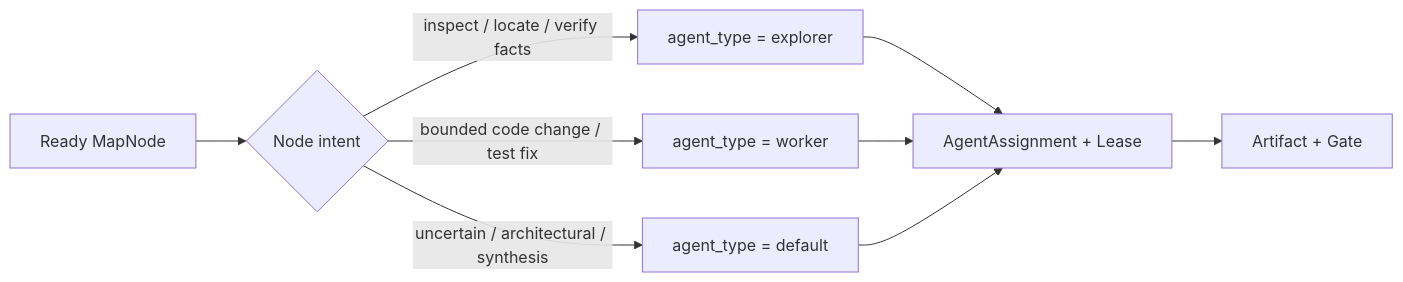
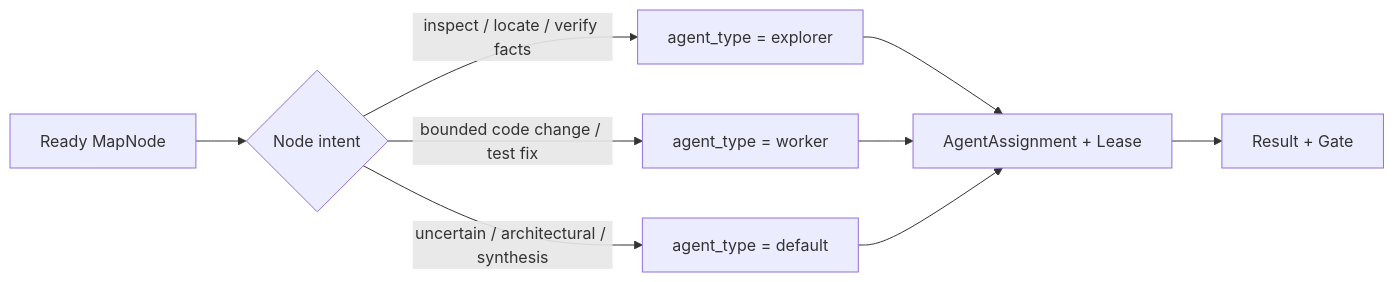
Before and after one commit to ceasarXuu/WhaleCode: the second of 5 diagrams in docs/plans/2026-04-25-multi-agent-collaboration-architecture.md, drawn with Mermaid. The commit also changed other lines of this file, not shown here.

Commit message:
docs: refine map result runtime semantics

````diff
--- a/docs/plans/2026-04-25-multi-agent-collaboration-architecture.md
+++ b/docs/plans/2026-04-25-multi-agent-collaboration-architecture.md
@@ -164,11 +164,11 @@
 ```mermaid
 flowchart LR
     N["Ready MapNode"] --> C{"Node intent"}
     C -->|"inspect / locate / verify facts"| E["agent_type = explorer"]
     C -->|"bounded code change / test fix"| W["agent_type = worker"]
     C -->|"uncertain / architectural / synthesis"| D["agent_type = default"]
     E --> A["AgentAssignment + Lease"]
     W --> A
     D --> A
-    A --> R["Artifact + Gate"]
+    A --> R["Result + Gate"]
 ```
````
